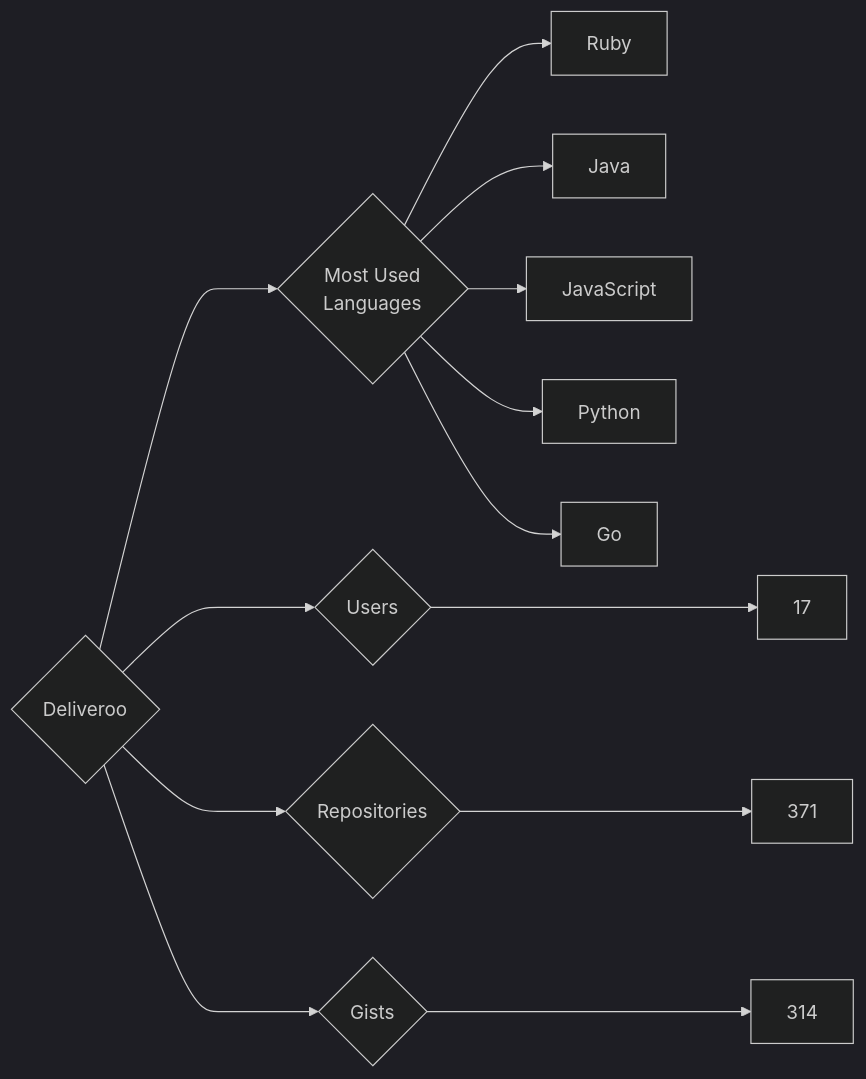
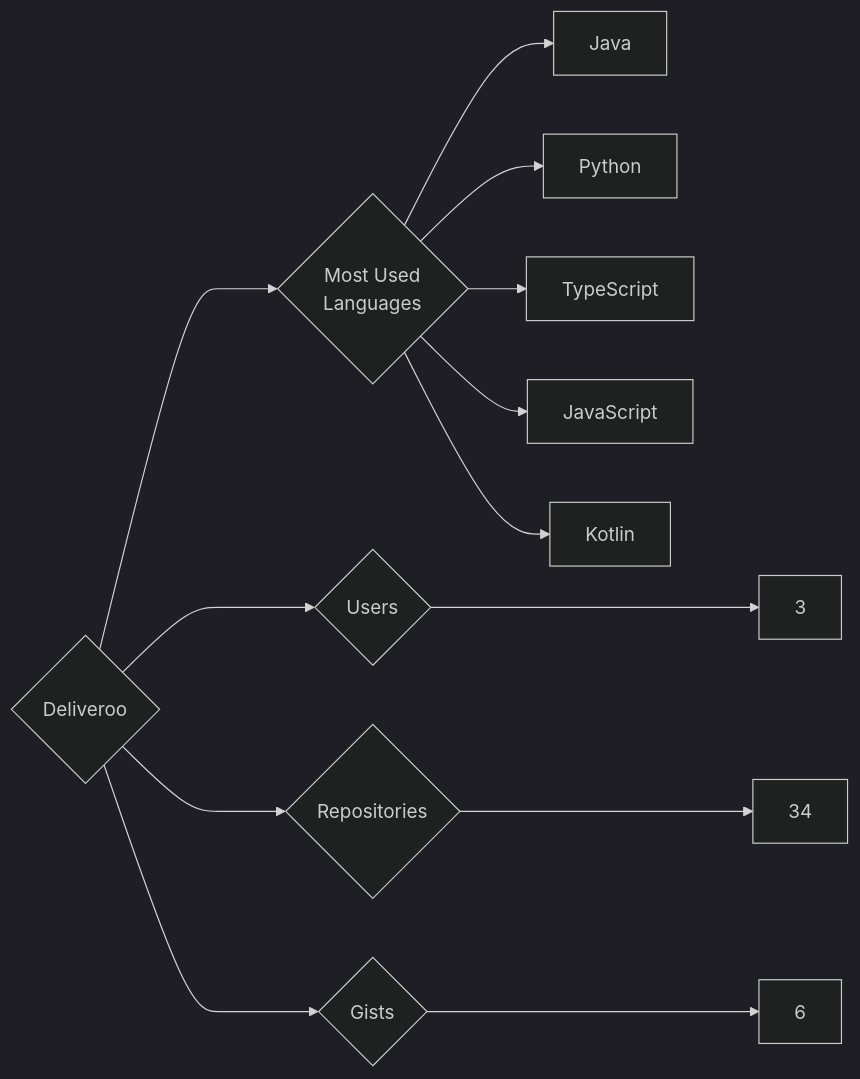
Before and after one commit to trickest/insiders: the diagram in targets/Deliveroo/README.md, drawn with Mermaid (dark theme). The commit also changed 872 other files, not shown here.

````diff
--- a/targets/Deliveroo/README.md
+++ b/targets/Deliveroo/README.md
@@ -3,13 +3,13 @@
 ```mermaid
 graph LR
 COMPANY_NAME{Deliveroo}
-COMPANY_NAME ---> U{Users} ---> UN[17]
-COMPANY_NAME ---> R{Repositories} ---> RN[371]
-COMPANY_NAME ---> G{Gists} ---> GN[314]
+COMPANY_NAME ---> U{Users} ---> UN[3]
+COMPANY_NAME ---> R{Repositories} ---> RN[34]
+COMPANY_NAME ---> G{Gists} ---> GN[6]
 COMPANY_NAME ---> ML{Most Used<br>Languages}
-ML --> Ruby[Ruby]
 ML --> Java[Java]
+ML --> Python[Python]
+ML --> TypeScript[TypeScript]
 ML --> JavaScript[JavaScript]
-ML --> Python[Python]
-ML --> Go[Go]
+ML --> Kotlin[Kotlin]
 ```
````
